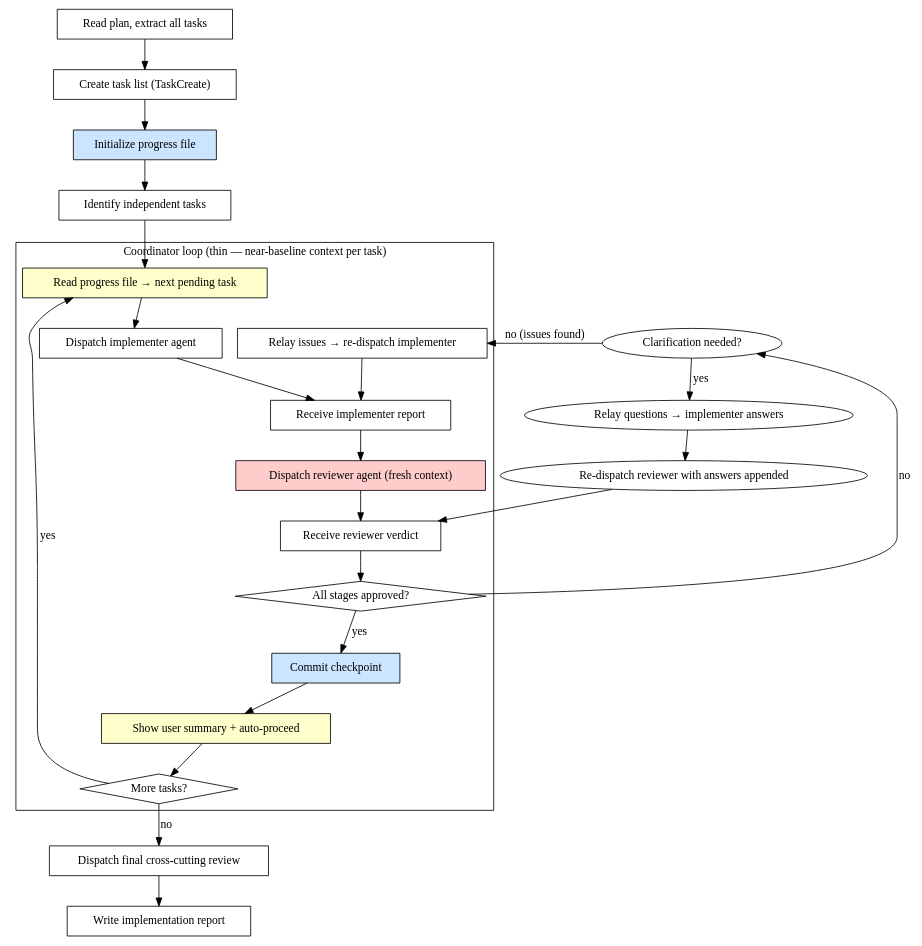
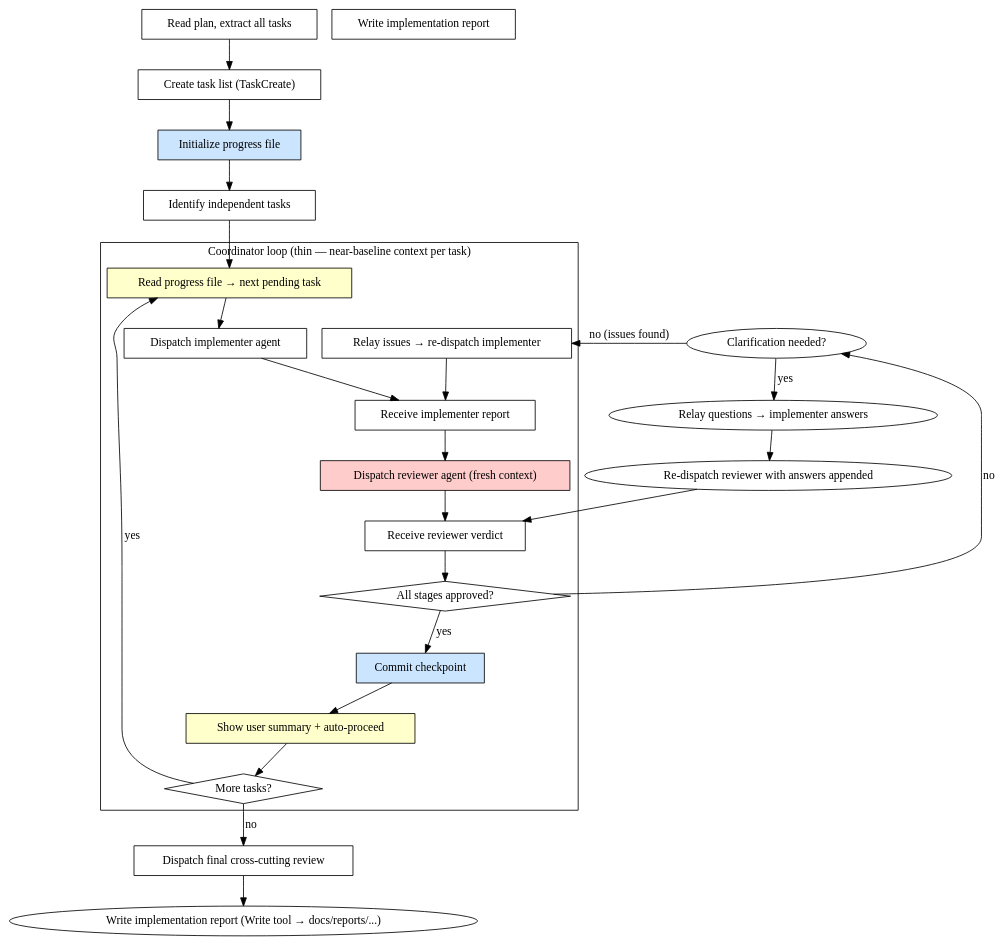
The diagram in .claude/skills/secure-feature-pipeline/step-3-implement.md (khanhnq1406/wealth-journey), drawn with Graphviz before and after one commit. The commit also changed other lines of this file and 1 other file, not shown here.

First line of the commit message:
docs: record post-deploy fixes in report and improve skill manual testing guidance

````diff
--- a/.claude/skills/secure-feature-pipeline/step-3-implement.md
+++ b/.claude/skills/secure-feature-pipeline/step-3-implement.md
@@ -94,50 +94,50 @@
 ```dot
 digraph implement {
     rankdir=TB;
 
     "Read plan, extract all tasks" [shape=box];
     "Create task list (TaskCreate)" [shape=box];
     "Initialize progress file" [shape=box style=filled fillcolor="#cce5ff"];
     "Identify independent tasks" [shape=box];
 
     subgraph cluster_coordinator_loop {
         label="Coordinator loop (thin — near-baseline context per task)";
         "Read progress file → next pending task" [shape=box style=filled fillcolor="#ffffcc"];
         "Dispatch implementer agent" [shape=box];
         "Receive implementer report" [shape=box];
         "Dispatch reviewer agent (fresh context)" [shape=box style=filled fillcolor="#ffcccc"];
         "Receive reviewer verdict" [shape=box];
         "All stages approved?" [shape=diamond];
         "Relay issues → re-dispatch implementer" [shape=box];
         "Commit checkpoint" [shape=box style=filled fillcolor="#cce5ff"];
         "Show user summary + auto-proceed" [shape=box style=filled fillcolor="#ffffcc"];
         "More tasks?" [shape=diamond];
     }
 
     "Dispatch final cross-cutting review" [shape=box];
     "Write implementation report" [shape=box];
 
     "Read plan, extract all tasks" -> "Create task list (TaskCreate)";
     "Create task list (TaskCreate)" -> "Initialize progress file";
     "Initialize progress file" -> "Identify independent tasks";
     "Identify independent tasks" -> "Read progress file → next pending task";
 
     "Read progress file → next pending task" -> "Dispatch implementer agent";
     "Dispatch implementer agent" -> "Receive implementer report";
     "Receive implementer report" -> "Dispatch reviewer agent (fresh context)";
     "Dispatch reviewer agent (fresh context)" -> "Receive reviewer verdict";
     "Receive reviewer verdict" -> "All stages approved?";
     "All stages approved?" -> "Clarification needed?" [label="no"];
     "Clarification needed?" -> "Relay questions → implementer answers" [label="yes"];
     "Relay questions → implementer answers" -> "Re-dispatch reviewer with answers appended";
     "Re-dispatch reviewer with answers appended" -> "Receive reviewer verdict";
     "Clarification needed?" -> "Relay issues → re-dispatch implementer" [label="no (issues found)"];
     "Relay issues → re-dispatch implementer" -> "Receive implementer report";
     "All stages approved?" -> "Commit checkpoint" [label="yes"];
     "Commit checkpoint" -> "Show user summary + auto-proceed";
     "Show user summary + auto-proceed" -> "More tasks?";
     "More tasks?" -> "Read progress file → next pending task" [label="yes"];
     "More tasks?" -> "Dispatch final cross-cutting review" [label="no"];
-    "Dispatch final cross-cutting review" -> "Write implementation report";
+    "Dispatch final cross-cutting review" -> "Write implementation report (Write tool → docs/reports/...)";
 }
 ```
````
